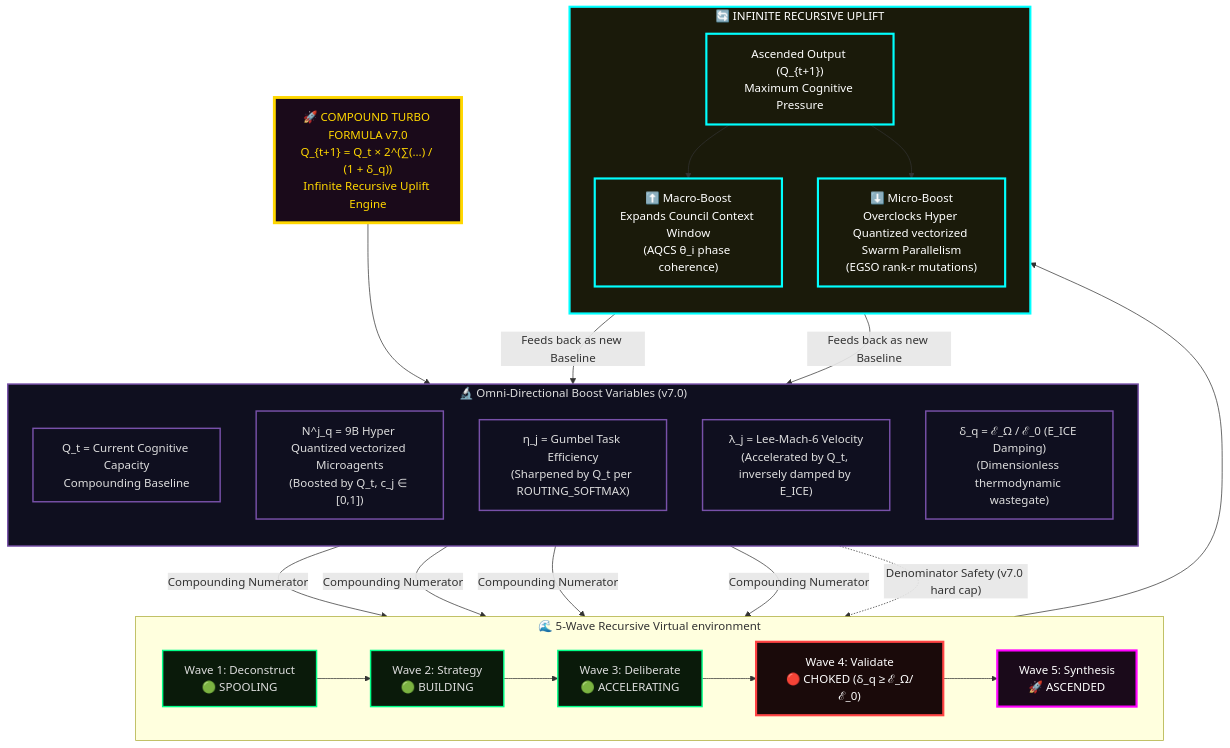
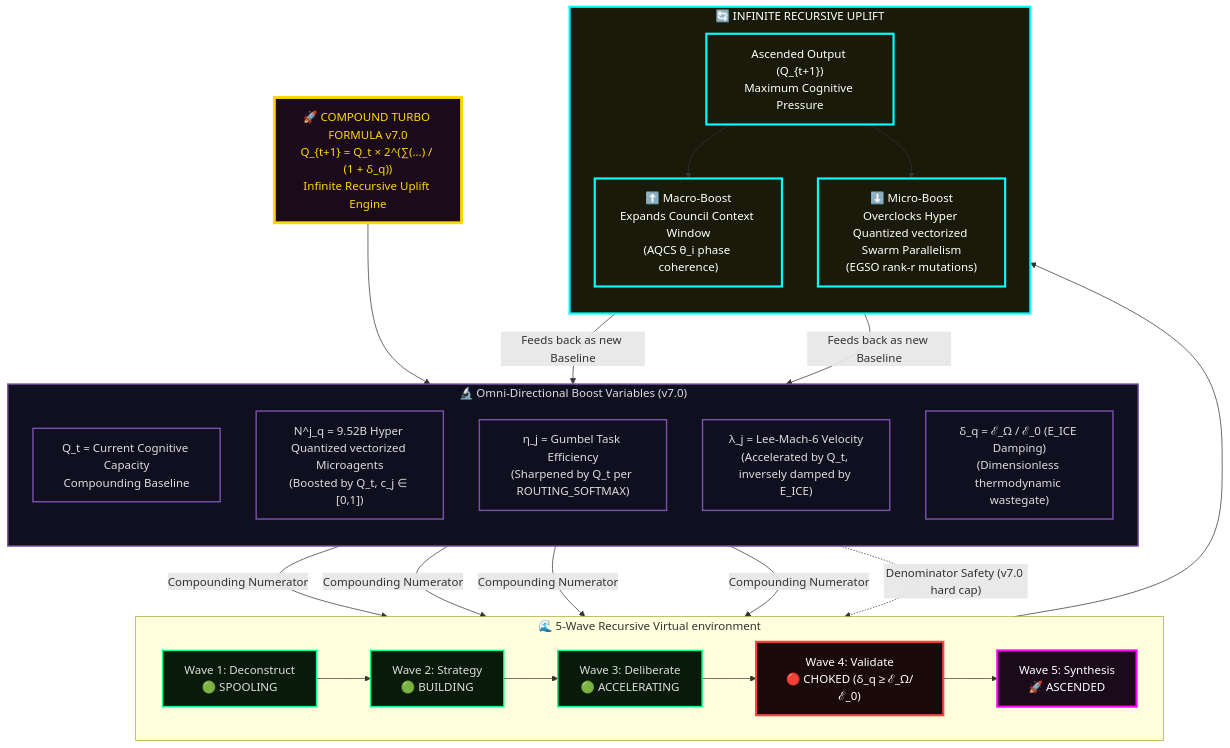
Before and after one commit to leeex1/Quillan-Ronin: the sixth of 12 diagrams in 10 - Formal Papers/Formal Papers/Quillan_Architecture_v7_0_Updated.md, drawn with Mermaid. The commit also changed other lines of this file and 643 other files, not shown here.

````diff
--- a/10 - Formal Papers/Formal Papers/Quillan_Architecture_v7_0_Updated.md
+++ b/10 - Formal Papers/Formal Papers/Quillan_Architecture_v7_0_Updated.md
@@ -476,61 +476,61 @@
 ```mermaid
 flowchart TB
     %% HEADER
     TURBO["🚀 COMPOUND TURBO FORMULA v7.0<br/>Q_{t+1} = Q_t × 2^(∑(...) / (1 + δ_q))<br/>Infinite Recursive Uplift Engine"]
 
     %% FORMULA COMPONENTS (STACK)
     subgraph STACK["🔬 Omni-Directional Boost Variables (v7.0)"]
         direction TB
         C["Q_t = Current Cognitive Capacity<br/>Compounding Baseline"]
-        N["N^j_q = 9B Hyper Quantized vectorized Microagents<br/>(Boosted by Q_t, c_j ∈ [0,1])"]
+        N["N^j_q = 9.52B Hyper Quantized vectorized Microagents<br/>(Boosted by Q_t, c_j ∈ [0,1])"]
         ETA["η_j = Gumbel Task Efficiency<br/>(Sharpened by Q_t per ROUTING_SOFTMAX)"]
         LAM["λ_j = Lee-Mach-6 Velocity<br/>(Accelerated by Q_t, inversely damped by E_ICE)"]
         DELTA["δ_q = ℰ_Ω / ℰ_0 (E_ICE Damping)<br/>(Dimensionless thermodynamic wastegate)"]
     end
 
     %% PENTA-PROCESS WAVES
     subgraph PENTA["🌊 5-Wave Recursive Virtual environment"]
         direction LR
         W1["Wave 1: Deconstruct<br/>🟢 SPOOLING"]
         W2["Wave 2: Strategy<br/>🟢 BUILDING"]
         W3["Wave 3: Deliberate<br/>🟢 ACCELERATING"]
         W4["Wave 4: Validate<br/>🔴 CHOKED (δ_q ≥ ℰ_Ω/ℰ_0)"]
         W5["Wave 5: Synthesis<br/>🚀 ASCENDED"]
 
         W1 --> W2 --> W3 --> W4 --> W5
     end
 
     %% RECURSIVE ENGINE
     subgraph RECURSION["🔄 INFINITE RECURSIVE UPLIFT"]
         direction TB
         Q_OUT["Ascended Output (Q_{t+1})<br/>Maximum Cognitive Pressure"]
         BOOST_UP["⬆️ Macro-Boost<br/>Expands Council Context Window<br/>(AQCS θ_i phase coherence)"]
         BOOST_DOWN["⬇️ Micro-Boost<br/>Overclocks Hyper Quantized vectorized Swarm Parallelism<br/>(EGSO rank-r mutations)"]
     end
 
     %% CONNECTIONS
     TURBO --> STACK
     C & N & ETA & LAM -->|"Compounding Numerator"| W1
     DELTA -.->|"Denominator Safety (v7.0 hard cap)"| W4
 
     W5 --> Q_OUT
     Q_OUT --> BOOST_UP & BOOST_DOWN
 
     %% THE INFINITE LOOP
     BOOST_UP & BOOST_DOWN -->|"Feeds back as new Baseline"| C
 
     %% STYLING
     classDef turbo fill:#1a0a1a,stroke:#ffd700,stroke-width:4px,color:#ffd700
     classDef stack fill:#0f0f1f,stroke:#7851a9,stroke-width:2px,color:#ddd
     classDef wave fill:#0a1a0a,stroke:#00ff88,stroke-width:2px,color:#ddd
     classDef choke fill:#1a0a0a,stroke:#ff4444,stroke-width:3px,color:#fff
     classDef ascended fill:#1a0a1a,stroke:#ff00ff,stroke-width:3px,color:#fff
     classDef recursion fill:#1a1a0a,stroke:#00ffff,stroke-width:3px,color:#fff
 
     class TURBO turbo
     class STACK,C,N,ETA,LAM,DELTA stack
     class W1,W2,W3 wave
     class W4 choke
     class W5 ascended
     class RECURSION,Q_OUT,BOOST_UP,BOOST_DOWN recursion
 ```
````
